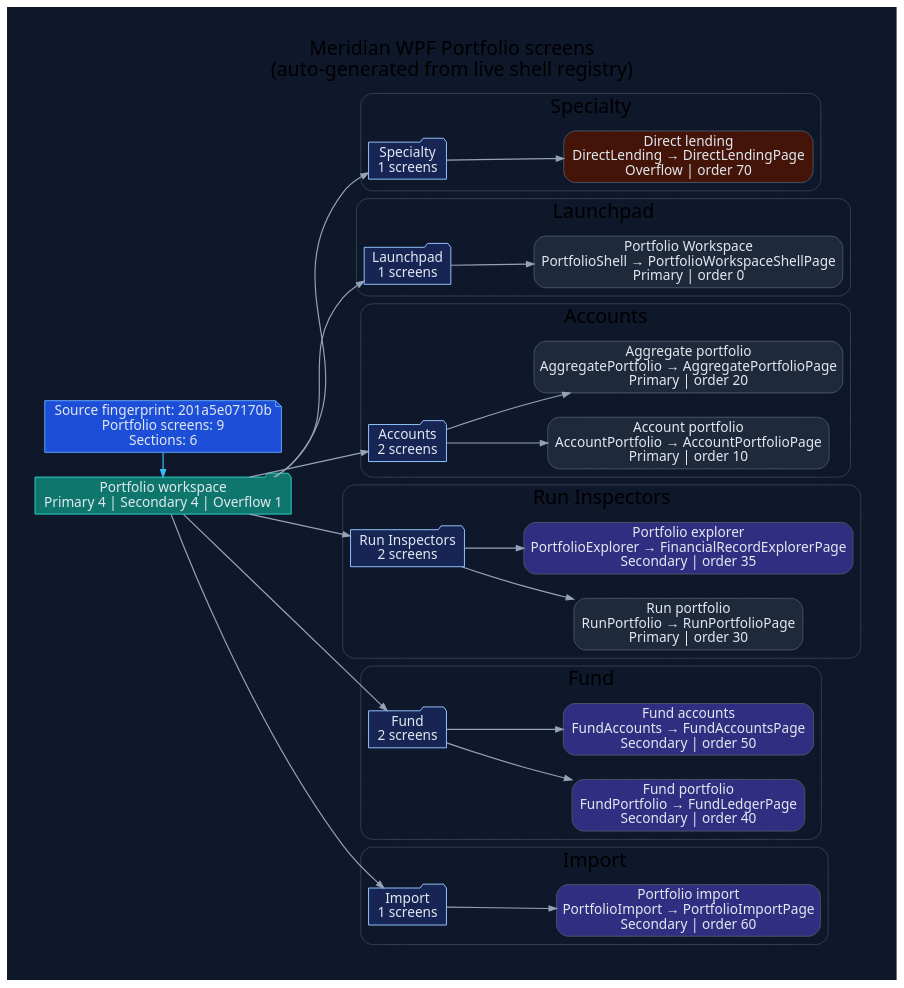
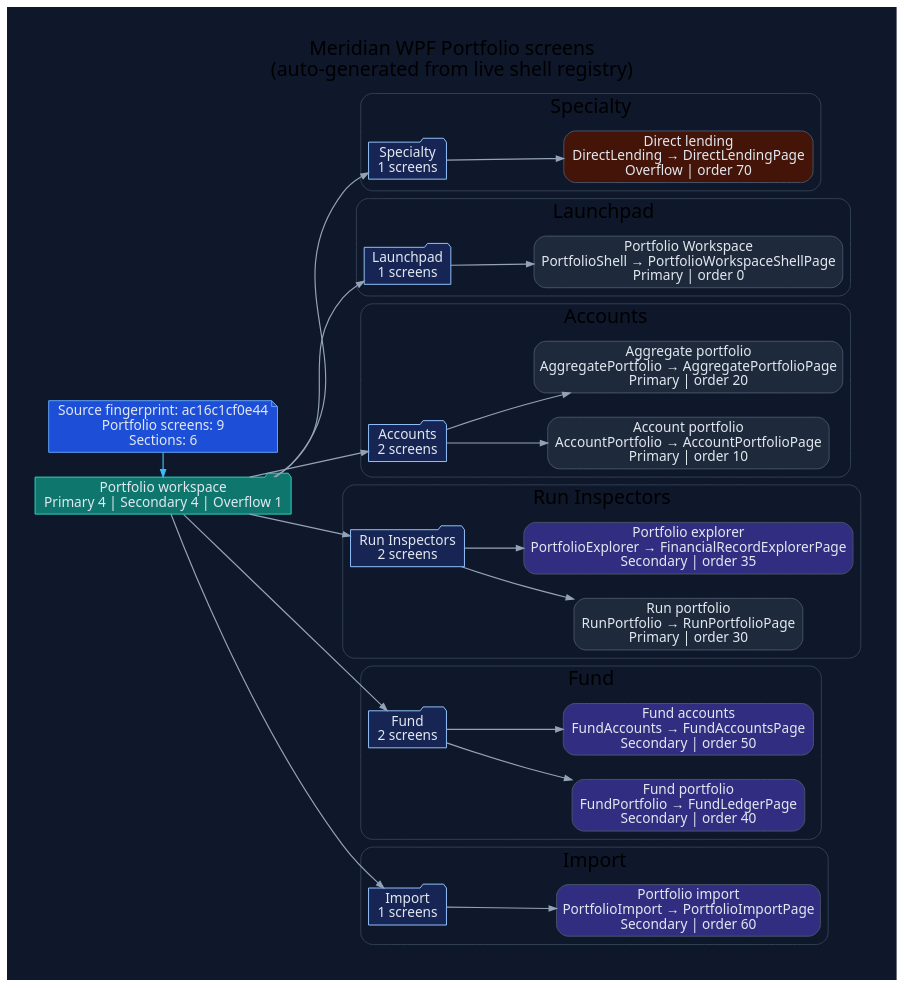
The diagram in docs/diagrams/ui/ui-wpf-screens-portfolio.dot (rodoHasArrived/Meridian-main), drawn with Graphviz before and after one commit. The commit also changed 60 other files, not shown here.

```diff
--- a/docs/diagrams/ui/ui-wpf-screens-portfolio.dot
+++ b/docs/diagrams/ui/ui-wpf-screens-portfolio.dot
@@ -1,92 +1,92 @@
 // -----------------------------------------------------------------------------
 // <auto-generated>
 // Generated by scripts/generate-diagrams.mjs.
 // Do not edit this file directly; update the WPF source files instead.
 // -----------------------------------------------------------------------------
 digraph WpfPortfolioScreens {
   graph [
     rankdir=LR,
     labelloc=t,
     label="Meridian WPF Portfolio screens\n(auto-generated from live shell registry)",
     fontname="Segoe UI",
     fontsize=20,
     pad=0.4,
     nodesep=0.35,
     ranksep=0.85,
     bgcolor="#0f172a"
   ];
   node [fontname="Segoe UI", shape=box, style="rounded,filled", color="#475569", fontcolor="#e2e8f0", fillcolor="#1e293b"];
   edge [fontname="Segoe UI", color="#94a3b8", penwidth=1.2, arrowsize=0.75];
 
-  generated [shape=note, fillcolor="#1d4ed8", color="#60a5fa", label="Source fingerprint: 201a5e07170b\nPortfolio screens: 9\nSections: 6"];
+  generated [shape=note, fillcolor="#1d4ed8", color="#60a5fa", label="Source fingerprint: ac16c1cf0e44\nPortfolio screens: 9\nSections: 6"];
   workspace [shape=folder, fillcolor="#0f766e", color="#2dd4bf", label="Portfolio workspace\nPrimary 4 | Secondary 4 | Overflow 1"];
   generated -> workspace [color="#38bdf8"];
 
   subgraph cluster_section_1 {
     label="Specialty";
     color="#334155";
     style="rounded";
     section_1 [shape=folder, fillcolor="#172554", color="#93c5fd", label="Specialty\n1 screens"];
     workspace -> section_1;
     screen_DirectLending [fillcolor="#431407", label="Direct lending\nDirectLending → DirectLendingPage\nOverflow | order 70"];
     section_1 -> screen_DirectLending;
   }
 
   subgraph cluster_section_2 {
     label="Launchpad";
     color="#334155";
     style="rounded";
     section_2 [shape=folder, fillcolor="#172554", color="#93c5fd", label="Launchpad\n1 screens"];
     workspace -> section_2;
     screen_PortfolioShell [fillcolor="#1e293b", label="Portfolio Workspace\nPortfolioShell → PortfolioWorkspaceShellPage\nPrimary | order 0"];
     section_2 -> screen_PortfolioShell;
   }
 
   subgraph cluster_section_3 {
     label="Accounts";
     color="#334155";
     style="rounded";
     section_3 [shape=folder, fillcolor="#172554", color="#93c5fd", label="Accounts\n2 screens"];
     workspace -> section_3;
     screen_AccountPortfolio [fillcolor="#1e293b", label="Account portfolio\nAccountPortfolio → AccountPortfolioPage\nPrimary | order 10"];
     section_3 -> screen_AccountPortfolio;
     screen_AggregatePortfolio [fillcolor="#1e293b", label="Aggregate portfolio\nAggregatePortfolio → AggregatePortfolioPage\nPrimary | order 20"];
     section_3 -> screen_AggregatePortfolio;
   }
 
   subgraph cluster_section_4 {
     label="Run Inspectors";
     color="#334155";
     style="rounded";
     section_4 [shape=folder, fillcolor="#172554", color="#93c5fd", label="Run Inspectors\n2 screens"];
     workspace -> section_4;
     screen_RunPortfolio [fillcolor="#1e293b", label="Run portfolio\nRunPortfolio → RunPortfolioPage\nPrimary | order 30"];
     section_4 -> screen_RunPortfolio;
     screen_PortfolioExplorer [fillcolor="#312e81", label="Portfolio explorer\nPortfolioExplorer → FinancialRecordExplorerPage\nSecondary | order 35"];
     section_4 -> screen_PortfolioExplorer;
   }
 
   subgraph cluster_section_5 {
     label="Fund";
     color="#334155";
     style="rounded";
     section_5 [shape=folder, fillcolor="#172554", color="#93c5fd", label="Fund\n2 screens"];
     workspace -> section_5;
     screen_FundPortfolio [fillcolor="#312e81", label="Fund portfolio\nFundPortfolio → FundLedgerPage\nSecondary | order 40"];
     section_5 -> screen_FundPortfolio;
     screen_FundAccounts [fillcolor="#312e81", label="Fund accounts\nFundAccounts → FundAccountsPage\nSecondary | order 50"];
     section_5 -> screen_FundAccounts;
   }
 
   subgraph cluster_section_6 {
     label="Import";
     color="#334155";
     style="rounded";
     section_6 [shape=folder, fillcolor="#172554", color="#93c5fd", label="Import\n1 screens"];
     workspace -> section_6;
     screen_PortfolioImport [fillcolor="#312e81", label="Portfolio import\nPortfolioImport → PortfolioImportPage\nSecondary | order 60"];
     section_6 -> screen_PortfolioImport;
   }
 
   { rank=min; generated; workspace; }
 }
```
